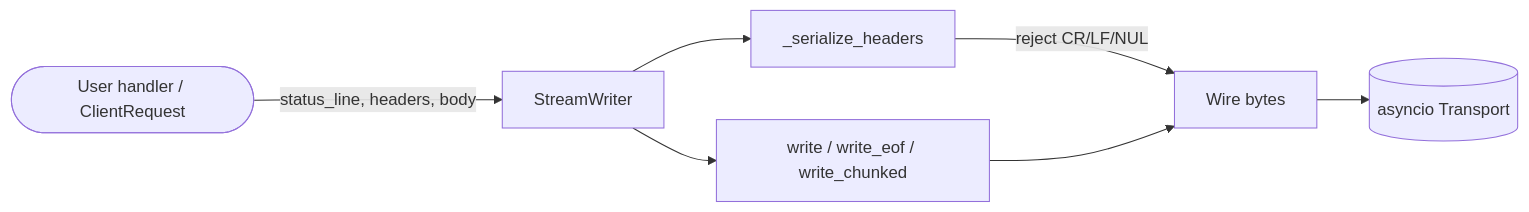
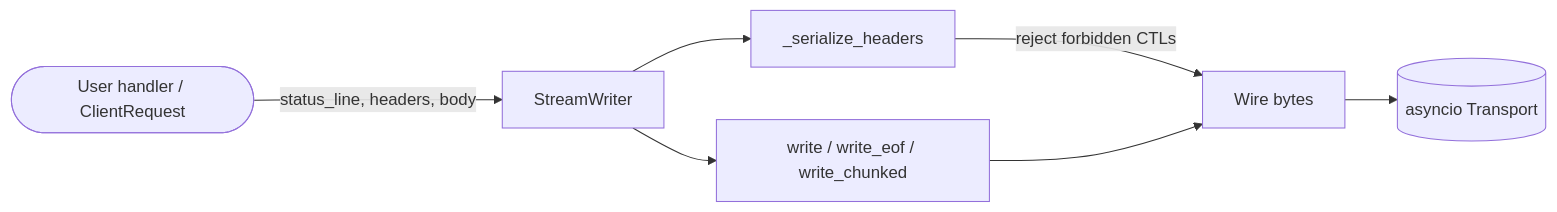
One commit to aio-libs/aiohttp changed the third of 4 diagrams in THREAT_MODEL.md. Above: the diagram before and after it, drawn with Mermaid. The commit also changed other lines of this file and 4 other files, not shown here.

Commit message:
Reject all RFC 9110 forbidden control characters in outbound headers (#12689)

````diff
--- a/THREAT_MODEL.md
+++ b/THREAT_MODEL.md
@@ -352,9 +355,9 @@
 ```mermaid
 flowchart LR
   Handler([User handler / ClientRequest]) -->|status_line, headers, body| SW[StreamWriter]
   SW --> Serialize[_serialize_headers]
-  Serialize -->|reject CR/LF/NUL| Bytes[Wire bytes]
+  Serialize -->|reject forbidden CTLs| Bytes[Wire bytes]
   SW --> Body[write / write_eof / write_chunked]
   Body --> Bytes
   Bytes --> Transport[(asyncio Transport)]
 ```
````
